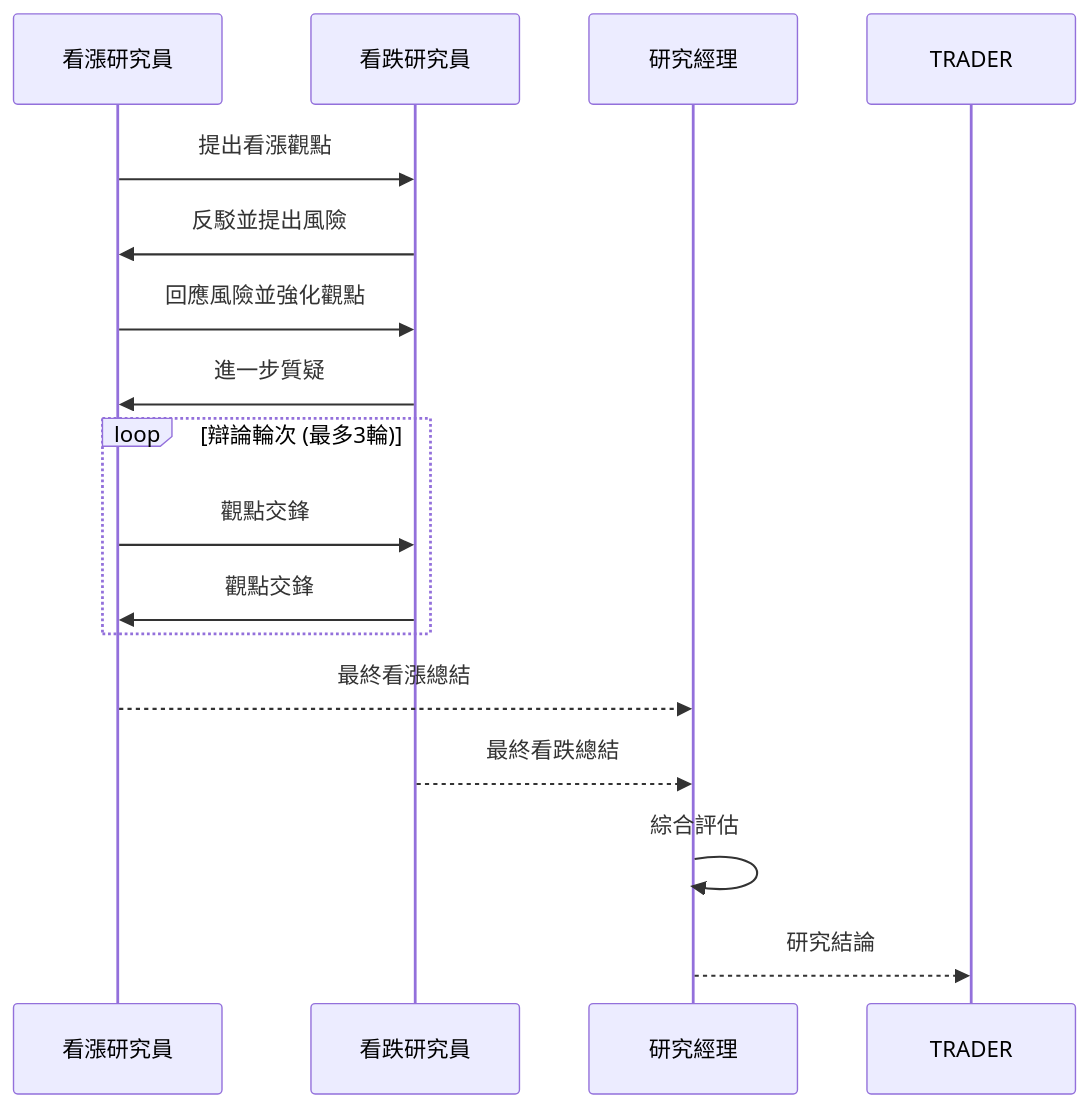
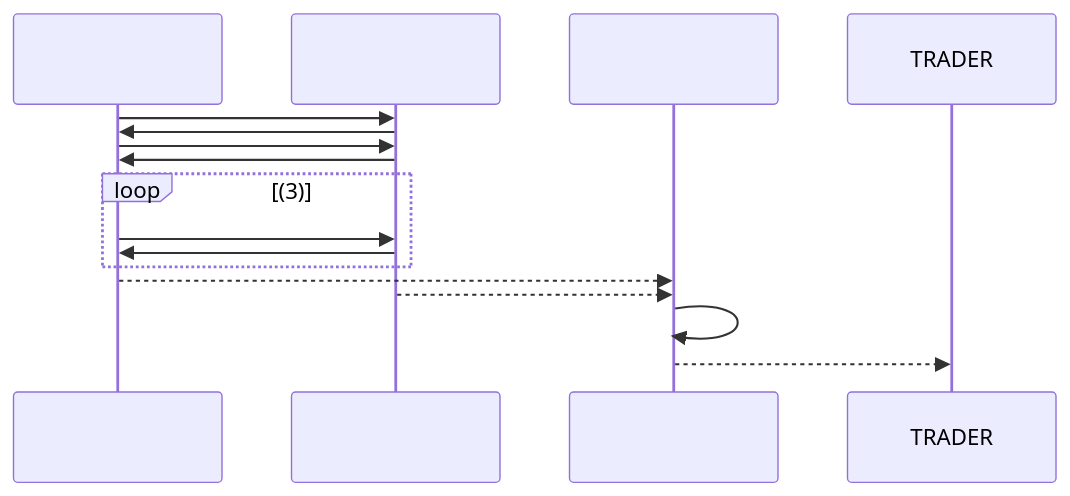
The fourth of 5 diagrams in docs/design/stock_analysis_system_design.md (aiinpocket/TradingAgents-CN), drawn with Mermaid before and after one commit. The commit also changed other lines of this file and 77 other files, not shown here.

````diff
--- a/docs/design/stock_analysis_system_design.md
+++ b/docs/design/stock_analysis_system_design.md
@@ -394,21 +394,21 @@
 ```mermaid
 sequenceDiagram
-    participant BR as 看漲研究員
-    participant BEAR as 看跌研究員
-    participant JUDGE as 研究經理
+ participant BR as 
+ participant BEAR as 
+ participant JUDGE as 
 
-    BR->>BEAR: 提出看漲觀點
-    BEAR->>BR: 反駁並提出風險
-    BR->>BEAR: 回應風險並強化觀點
-    BEAR->>BR: 進一步質疑
+ BR->>BEAR: 
+ BEAR->>BR: 
+ BR->>BEAR: 
+ BEAR->>BR: 
 
-    loop 辯論輪次 (最多3輪)
-        BR->>BEAR: 觀點交鋒
-        BEAR->>BR: 觀點交鋒
-    end
+ loop (3)
+ BR->>BEAR: 
+ BEAR->>BR: 
+ end
 
-    BR-->>JUDGE: 最終看漲總結
-    BEAR-->>JUDGE: 最終看跌總結
-    JUDGE->>JUDGE: 綜合評估
-    JUDGE-->>TRADER: 研究結論
+ BR-->>JUDGE: 
+ BEAR-->>JUDGE: 
+ JUDGE->>JUDGE: 
+ JUDGE-->>TRADER: 
 ```
````
